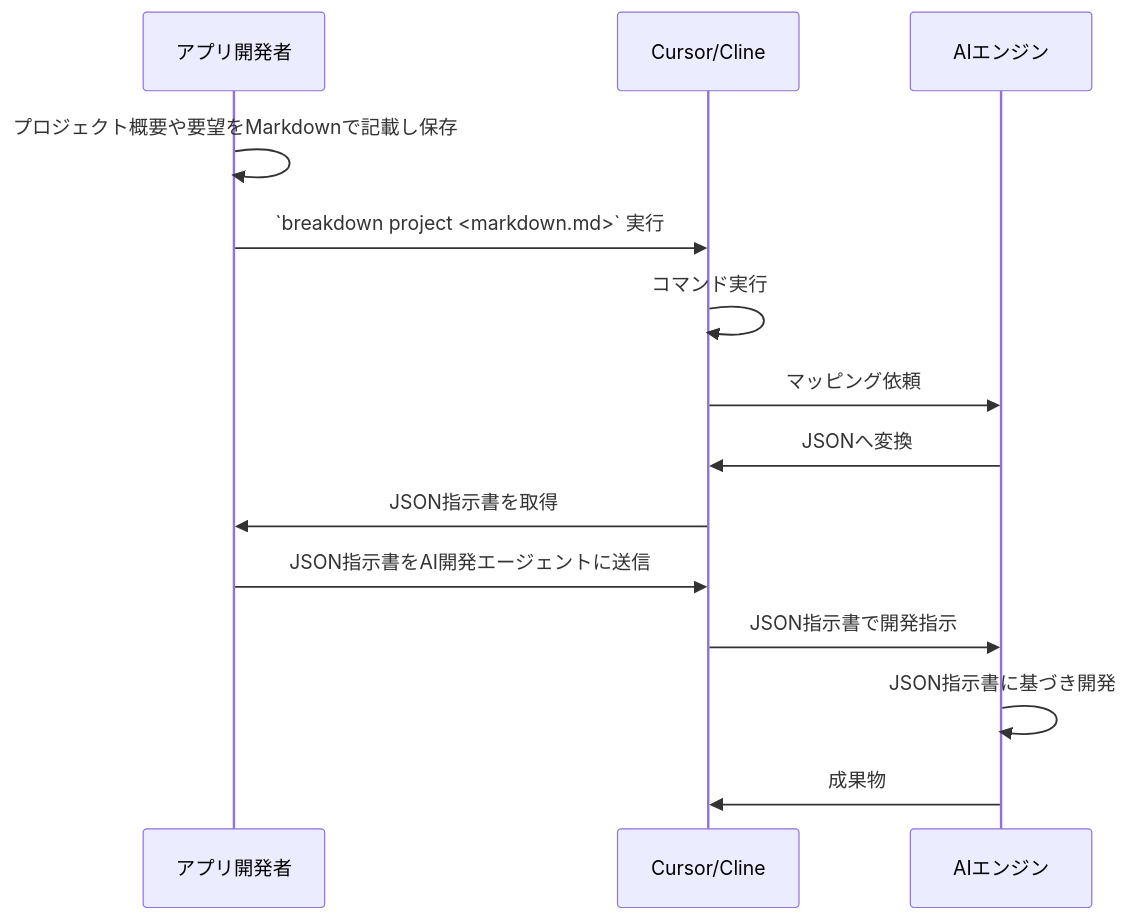
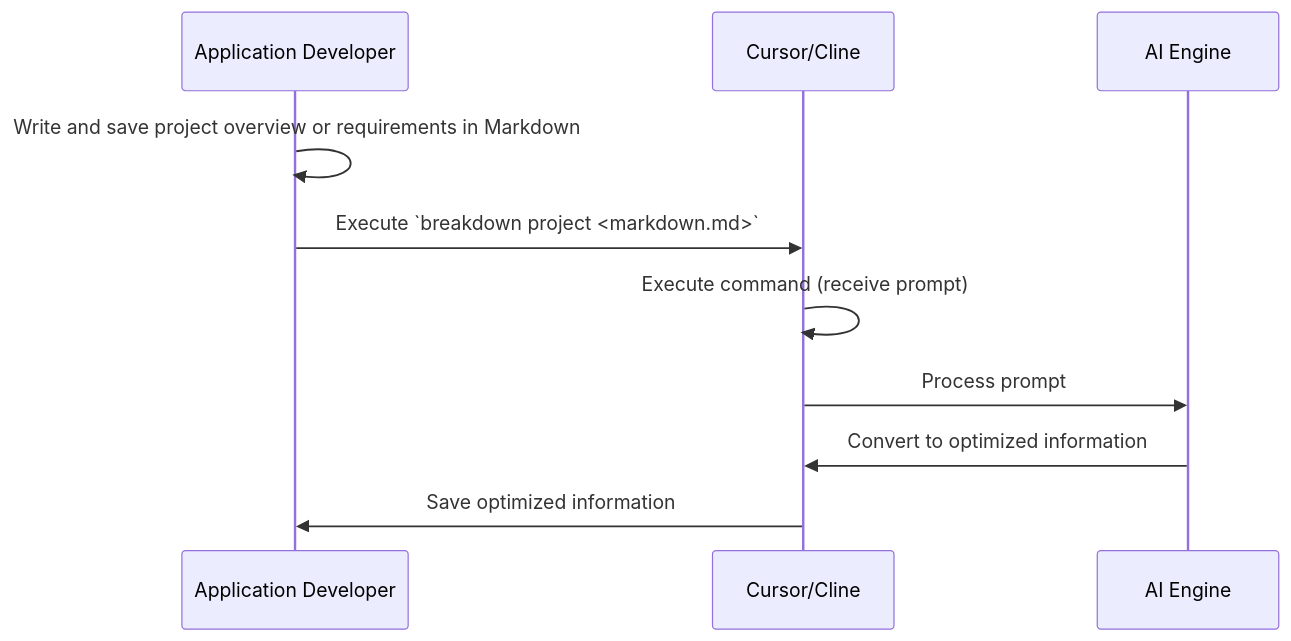
One commit to tettuan/breakdown changed the first of 2 diagrams in docs/index.md. Above: the diagram before and after it, drawn with Mermaid. The commit also changed other lines of this file and 5 other files, not shown here.

Commit message:
docs: clarify JSON Schema role in prompt generation and AI interpretation

````diff
--- a/docs/index.md
+++ b/docs/index.md
@@ -25,17 +29,13 @@
 ```mermaid
 sequenceDiagram
-  participant Developer as アプリ開発者
+  participant Developer as Application Developer
   participant CursorCline as Cursor/Cline
-  participant AI as AIエンジン
+  participant AI as AI Engine
 
-  Developer->>Developer: プロジェクト概要や要望をMarkdownで記載し保存
-  Developer->>CursorCline: `breakdown project <markdown.md>` 実行
-  CursorCline->>CursorCline: コマンド実行
-  CursorCline->>AI: マッピング依頼
-  AI->>CursorCline: JSONへ変換
-  CursorCline->>Developer: JSON指示書を取得
-  Developer->>CursorCline: JSON指示書をAI開発エージェントに送信
-  CursorCline->>AI: JSON指示書で開発指示
-  AI->>AI: JSON指示書に基づき開発
-  AI->>CursorCline: 成果物
+  Developer->>Developer: Write and save project overview or requirements in Markdown
+  Developer->>CursorCline: Execute `breakdown project <markdown.md>`
+  CursorCline->>CursorCline: Execute command (receive prompt)
+  CursorCline->>AI: Process prompt
+  AI->>CursorCline: Convert to optimized information
+  CursorCline->>Developer: Save optimized information
 ```
````
